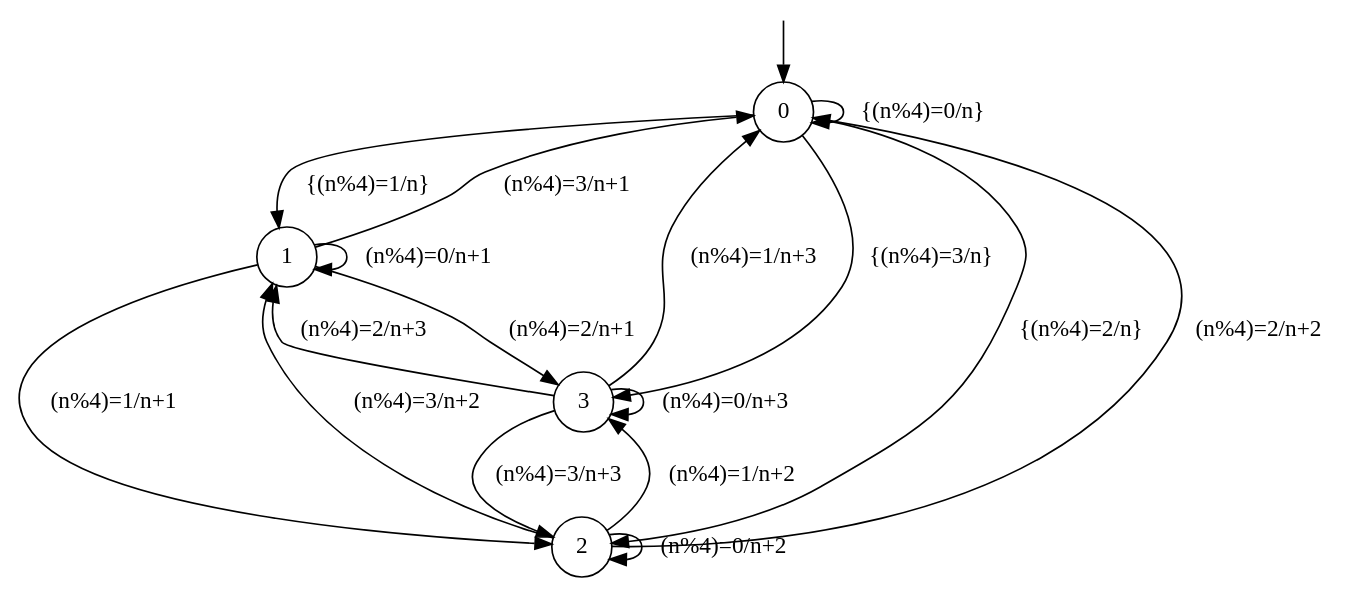
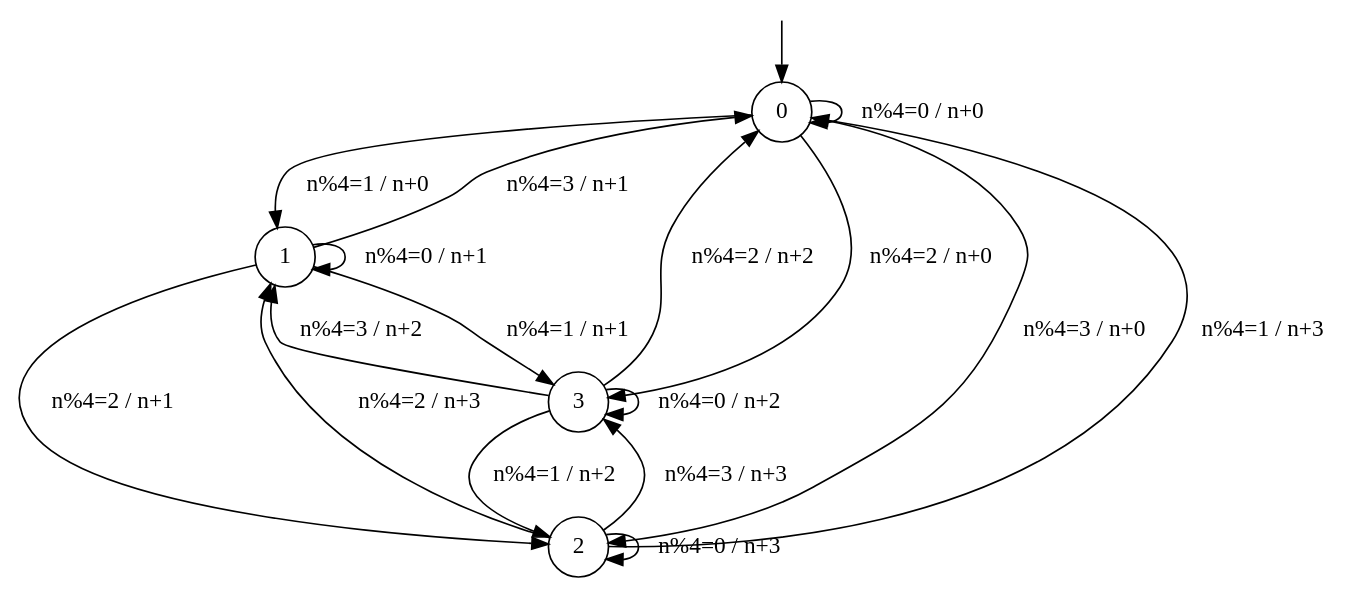
The diagram in tutorial/abstract-mealy-learners/mealy-4states-abstract.dot (3brahimi/lstar_tutorial), drawn with Graphviz before and after one commit. The commit also changed 1 other file, not shown here.

```diff
--- a/tutorial/abstract-mealy-learners/mealy-4states-abstract.dot
+++ b/tutorial/abstract-mealy-learners/mealy-4states-abstract.dot
@@ -1,27 +1,27 @@
 digraph g {
 
-	s0 [shape="circle" label="0"];
-	s1 [shape="circle" label="1"];
-	s2 [shape="circle" label="2"];
-	s3 [shape="circle" label="3"];
-	s0 -> s1 [label="{(n%4)=1/n}"];
-	s0 -> s2 [label="{(n%4)=2/n}"];
-	s0 -> s3 [label="{(n%4)=3/n}"];
-	s0 -> s0 [label="{(n%4)=0/n}"];
-	s1 -> s2 [label="(n%4)=1/n+1"];
-	s1 -> s3 [label="(n%4)=2/n+1"];
-	s1 -> s0 [label="(n%4)=3/n+1"];
-	s1 -> s1 [label="(n%4)=0/n+1"];
-	s2 -> s3 [label="(n%4)=1/n+2"];
-	s2 -> s0 [label="(n%4)=2/n+2"];
-	s2 -> s1 [label="(n%4)=3/n+2"];
-	s2 -> s2 [label="(n%4)=0/n+2"];
-	s3 -> s0 [label="(n%4)=1/n+3"];
-	s3 -> s1 [label="(n%4)=2/n+3"];
-	s3 -> s2 [label="(n%4)=3/n+3"];
-	s3 -> s3 [label="(n%4)=0/n+3"];
+        s0 [shape="circle" label="0"];
+        s1 [shape="circle" label="1"];
+        s2 [shape="circle" label="2"];
+        s3 [shape="circle" label="3"];
+        s0 -> s0 [label="n%4=0 / n+0"];
+        s0 -> s1 [label="n%4=1 / n+0"];
+        s0 -> s3 [label="n%4=2 / n+0"];
+        s0 -> s2 [label="n%4=3 / n+0"];
+        s1 -> s1 [label="n%4=0 / n+1"];
+        s1 -> s3 [label="n%4=1 / n+1"];
+        s1 -> s2 [label="n%4=2 / n+1"];
+        s1 -> s0 [label="n%4=3 / n+1"];
+        s2 -> s2 [label="n%4=0 / n+3"];
+        s2 -> s0 [label="n%4=1 / n+3"];
+        s2 -> s1 [label="n%4=2 / n+3"];
+        s2 -> s3 [label="n%4=3 / n+3"];
+        s3 -> s3 [label="n%4=0 / n+2"];
+        s3 -> s2 [label="n%4=1 / n+2"];
+        s3 -> s0 [label="n%4=2 / n+2"];
+        s3 -> s1 [label="n%4=3 / n+2"];
 
 __start0 [label="" shape="none" width="0" height="0"];
 __start0 -> s0;
 
 }
```
